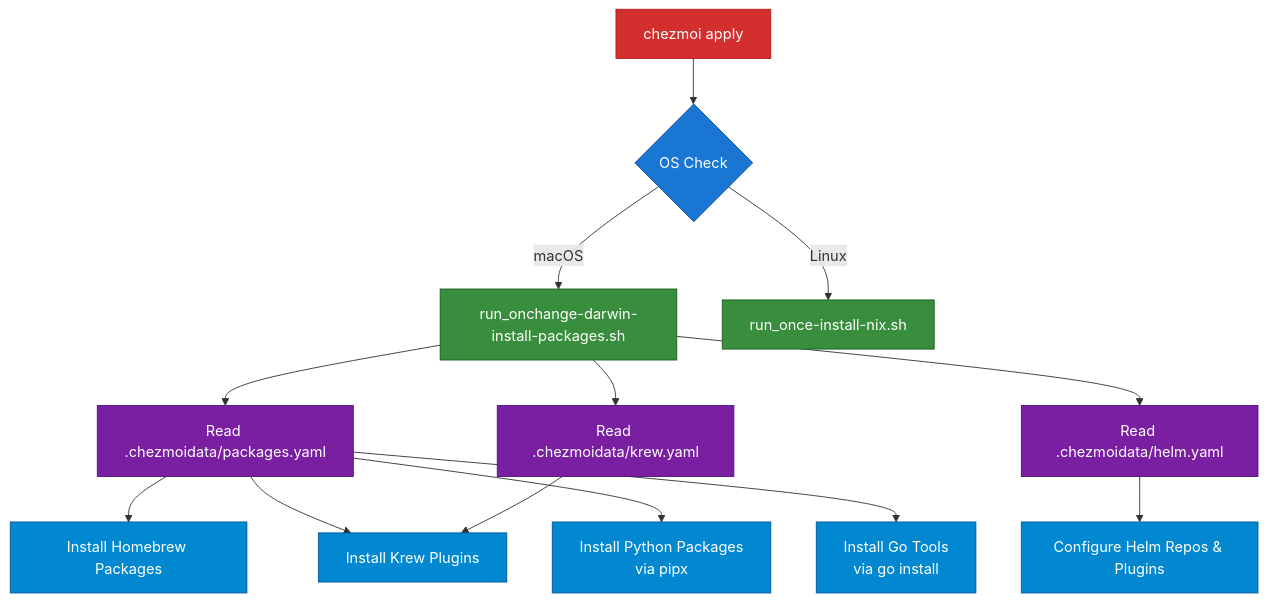
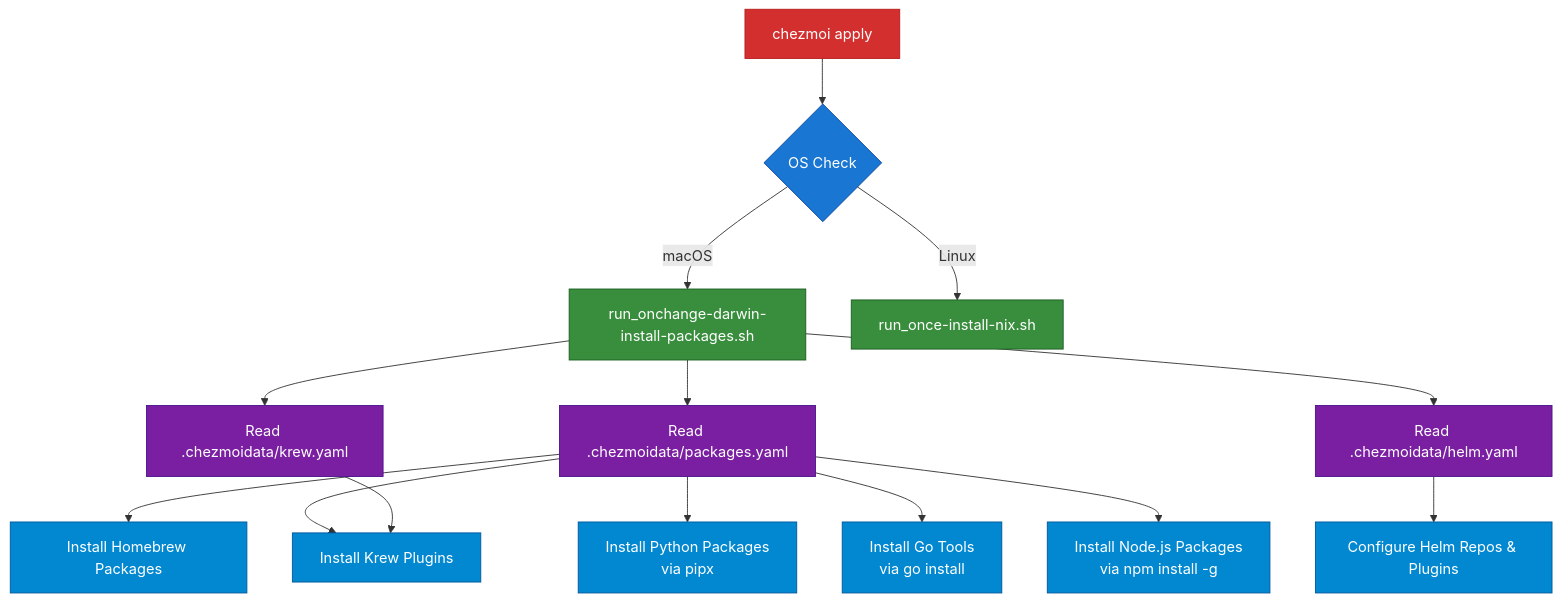
The second of 4 diagrams in README.md (mkm29/dotfiles), drawn with Mermaid before and after one commit. The commit also changed other lines of this file, not shown here.

Commit message:
Add Node.js package installation instructions to README.md

````diff
--- a/README.md
+++ b/README.md
@@ -84,31 +84,33 @@
 ```mermaid
 graph TD
     A[chezmoi apply] --> B{OS Check}
     B -->|macOS| C[run_onchange-darwin-install-packages.sh]
     B -->|Linux| D[run_once-install-nix.sh]
     
     C --> E[Read .chezmoidata/packages.yaml]
     E --> F[Install Homebrew Packages]
     E --> G[Install Krew Plugins]
     E --> H[Install Python Packages<br/>via pipx]
     E --> I[Install Go Tools<br/>via go install]
+    E --> M[Install Node.js Packages<br/>via npm install -g]
     
     C --> J[Read .chezmoidata/krew.yaml]
     J --> G
     
     C --> K[Read .chezmoidata/helm.yaml]
     K --> L[Configure Helm Repos & Plugins]
     
     style A fill:#d32f2f,stroke:#b71c1c,color:#fff
     style B fill:#1976d2,stroke:#0d47a1,color:#fff
     style C fill:#388e3c,stroke:#1b5e20,color:#fff
     style D fill:#388e3c,stroke:#1b5e20,color:#fff
     style E fill:#7b1fa2,stroke:#4a148c,color:#fff
     style J fill:#7b1fa2,stroke:#4a148c,color:#fff
     style K fill:#7b1fa2,stroke:#4a148c,color:#fff
     style F fill:#0288d1,stroke:#01579b,color:#fff
     style G fill:#0288d1,stroke:#01579b,color:#fff
     style H fill:#0288d1,stroke:#01579b,color:#fff
     style I fill:#0288d1,stroke:#01579b,color:#fff
+    style M fill:#0288d1,stroke:#01579b,color:#fff
     style L fill:#0288d1,stroke:#01579b,color:#fff
 ```
````
